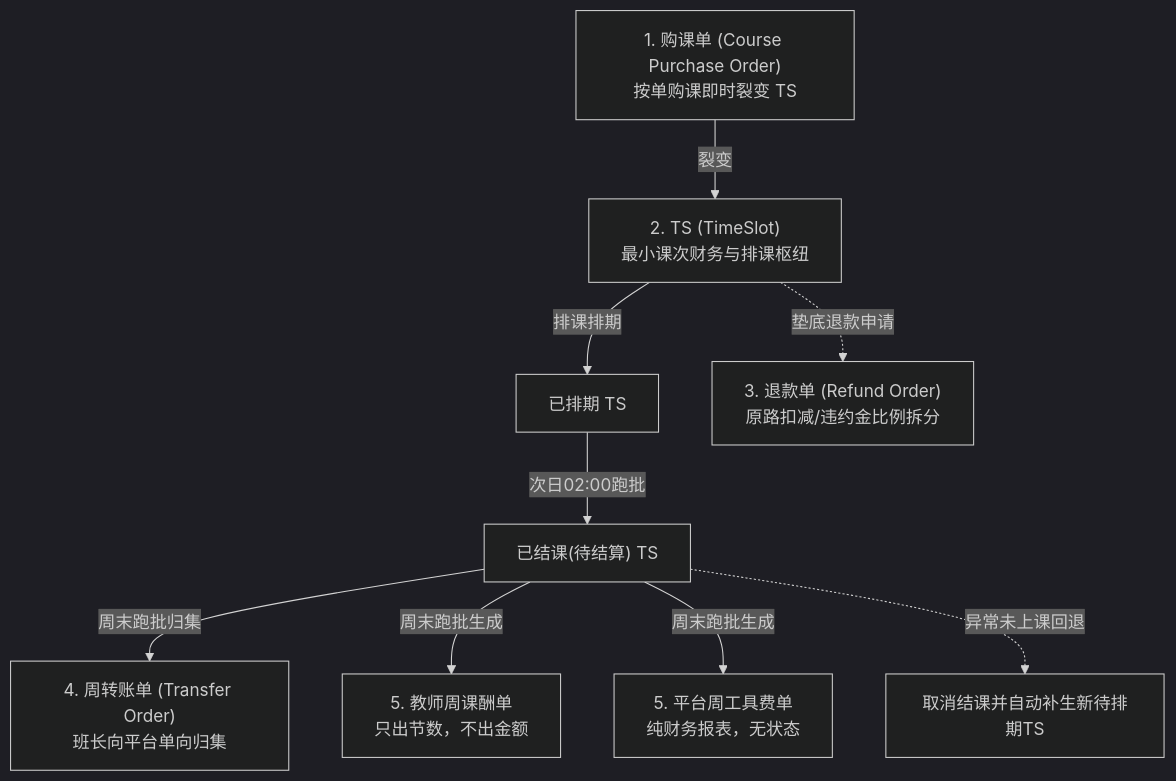
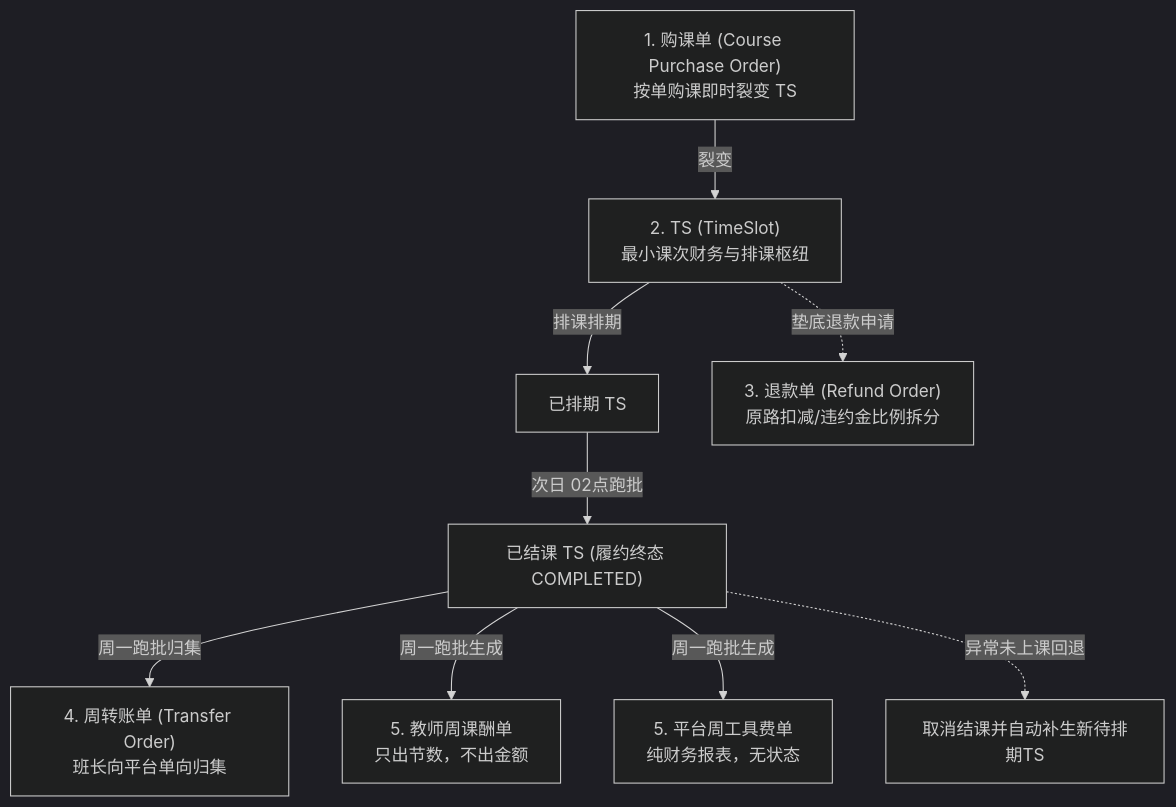
One commit to Onezao/dream changed the first of 2 diagrams in docs/BUSINESS_RULES.md. Above: the diagram before and after it, drawn with Mermaid (dark theme). The commit also changed other lines of this file and 9 other files, not shown here.

Commit message:
docs: decouple schedule fulfillment from financial settlement, fix mermaid charts, and complete m3b state machines

````diff
--- a/docs/BUSINESS_RULES.md
+++ b/docs/BUSINESS_RULES.md
@@ -66,11 +66,11 @@
 ```mermaid
 flowchart TD
     PO["1. 购课单 (Course Purchase Order)\n按单购课即时裂变 TS"] -->|裂变| TS["2. TS (TimeSlot)\n最小课次财务与排课枢纽"]
     TS -->|排课排期| TS_SCHED["已排期 TS"]
-    TS_SCHED -->|次日02:00跑批| TS_DONE["已结课(待结算) TS"]
-    TS_DONE -->|周末跑批归集| TO["4. 周转账单 (Transfer Order)\n班长向平台单向归集"]
-    TS_DONE -->|周末跑批生成| SR_T["5. 教师周课酬单\n只出节数，不出金额"]
-    TS_DONE -->|周末跑批生成| SR_P["5. 平台周工具费单\n纯财务报表，无状态"]
+    TS_SCHED -->|次日 02点跑批| TS_DONE["已结课 TS (履约终态 COMPLETED)"]
+    TS_DONE -->|周一跑批归集| TO["4. 周转账单 (Transfer Order)\n班长向平台单向归集"]
+    TS_DONE -->|周一跑批生成| SR_T["5. 教师周课酬单\n只出节数，不出金额"]
+    TS_DONE -->|周一跑批生成| SR_P["5. 平台周工具费单\n纯财务报表，无状态"]
     TS -.->|垫底退款申请| RO["3. 退款单 (Refund Order)\n原路扣减/违约金比例拆分"]
     TS_DONE -.->|异常未上课回退| TS_CANCEL["取消结课并自动补生新待排期TS"]
 ```
````
